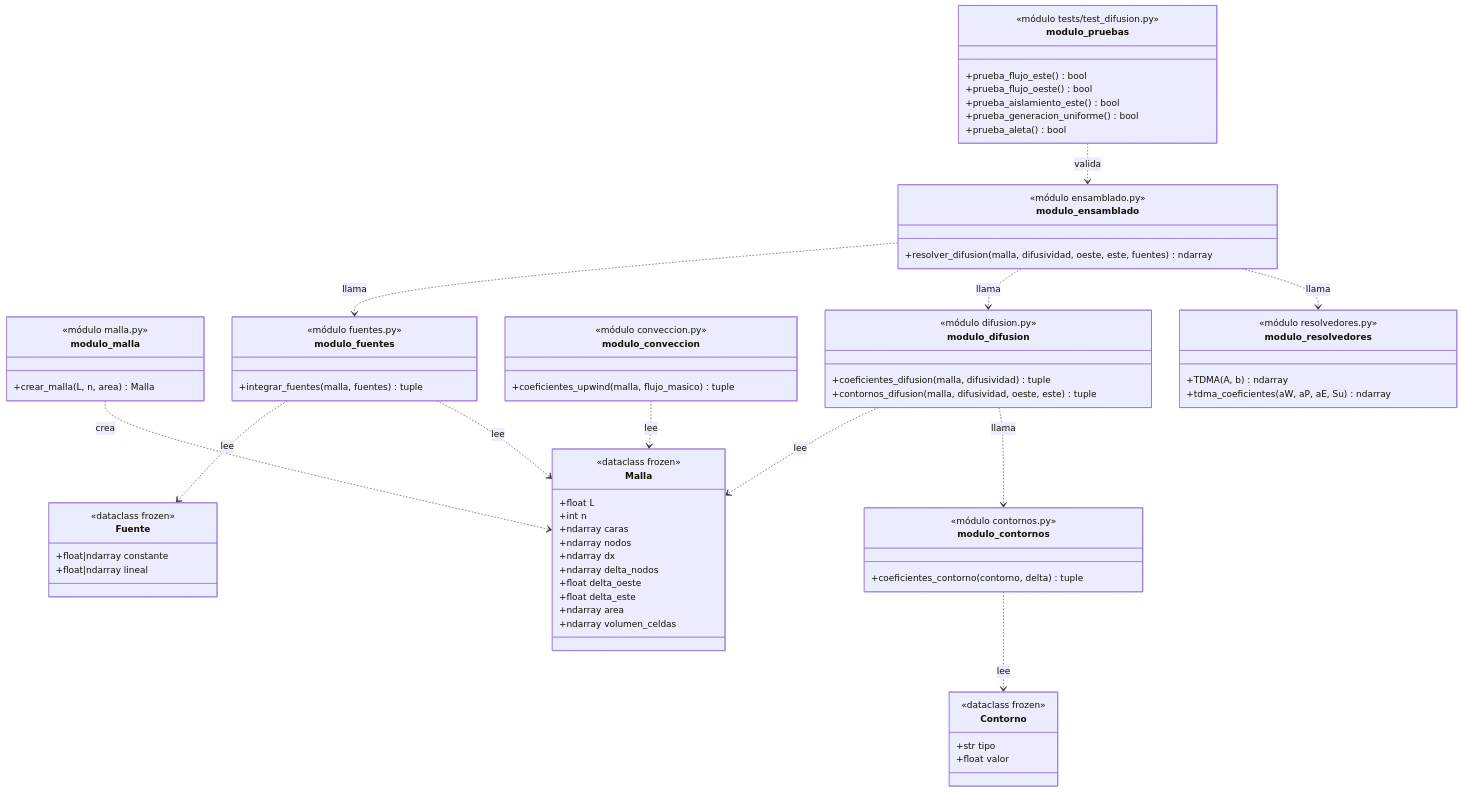
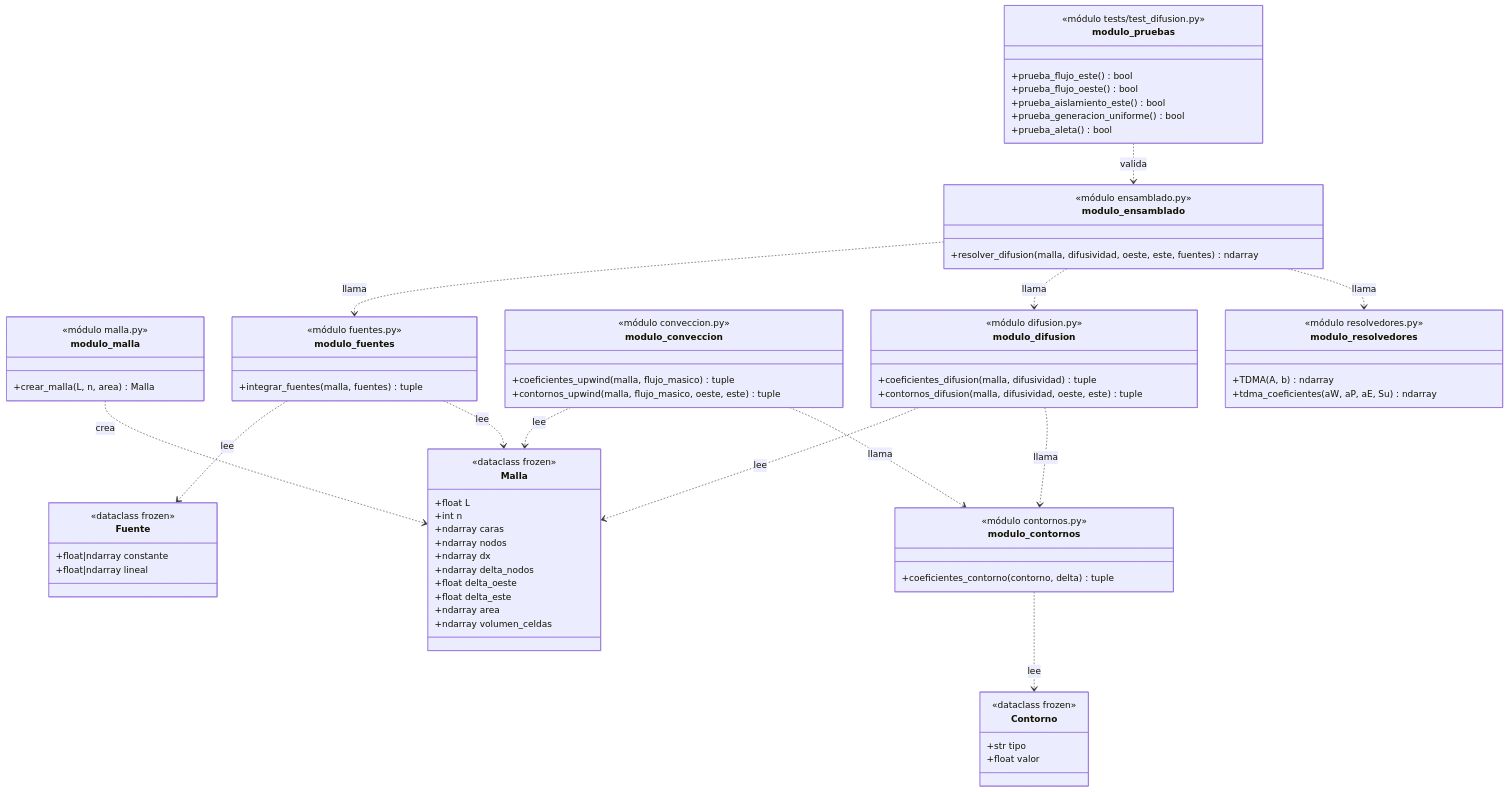
Before and after one commit to nicovarelaboo/versteeg-fvm: the first of 3 diagrams in docs/diseno.md, drawn with Mermaid. The commit also changed other lines of this file and 1 other file, not shown here.

Commit message:
feat(fvm): añade contornos_upwind

````diff
--- a/docs/diseno.md
+++ b/docs/diseno.md
@@ -40,76 +40,78 @@
 ```mermaid
 classDiagram
     class Malla {
         <<dataclass frozen>>
         +float L
         +int n
         +ndarray caras
         +ndarray nodos
         +ndarray dx
         +ndarray delta_nodos
         +float delta_oeste
         +float delta_este
         +ndarray area
         +ndarray volumen_celdas
     }
     class Contorno {
         <<dataclass frozen>>
         +str tipo
         +float valor
     }
     class modulo_malla {
         <<módulo malla.py>>
         +crear_malla(L, n, area) Malla
     }
     class modulo_contornos {
         <<módulo contornos.py>>
         +coeficientes_contorno(contorno, delta) tuple
     }
     class modulo_difusion {
         <<módulo difusion.py>>
         +coeficientes_difusion(malla, difusividad) tuple
         +contornos_difusion(malla, difusividad, oeste, este) tuple
     }
-        class modulo_conveccion {
+    class modulo_conveccion {
         <<módulo conveccion.py>>
         +coeficientes_upwind(malla, flujo_masico) tuple
+        +contornos_upwind(malla, flujo_masico, oeste, este) tuple
     }
     class modulo_ensamblado {
         <<módulo ensamblado.py>>
         +resolver_difusion(malla, difusividad, oeste, este, fuentes) ndarray
     }
     class modulo_resolvedores {
         <<módulo resolvedores.py>>
         +TDMA(A, b) ndarray
         +tdma_coeficientes(aW, aP, aE, Su) ndarray
     }
     class modulo_pruebas {
         <<módulo tests/test_difusion.py>>
         +prueba_flujo_este() bool
         +prueba_flujo_oeste() bool
         +prueba_aislamiento_este() bool
         +prueba_generacion_uniforme() bool
         +prueba_aleta() bool
     }
-        class Fuente {
+    class Fuente {
         <<dataclass frozen>>
         +float|ndarray constante
         +float|ndarray lineal
     }
     class modulo_fuentes {
         <<módulo fuentes.py>>
         +integrar_fuentes(malla, fuentes) tuple
     }
 
     modulo_malla ..> Malla : crea
     modulo_contornos ..> Contorno : lee
     modulo_difusion ..> Malla : lee
     modulo_conveccion ..> Malla : lee
     modulo_fuentes ..> Fuente : lee
     modulo_fuentes ..> Malla : lee
     modulo_ensamblado ..> modulo_fuentes : llama
     modulo_ensamblado ..> modulo_difusion : llama
     modulo_difusion ..> modulo_contornos : llama
+    modulo_conveccion ..> modulo_contornos : llama
     modulo_ensamblado ..> modulo_resolvedores : llama
     modulo_pruebas ..> modulo_ensamblado : valida
 ```
````
